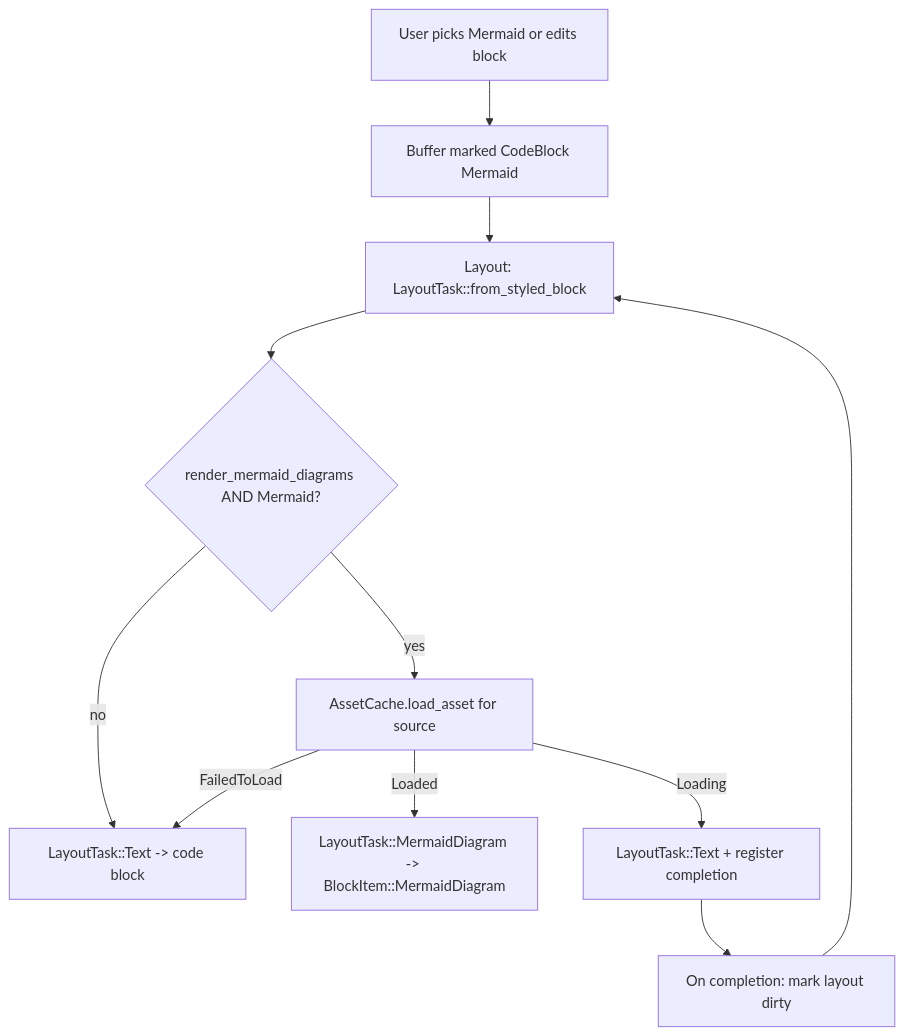
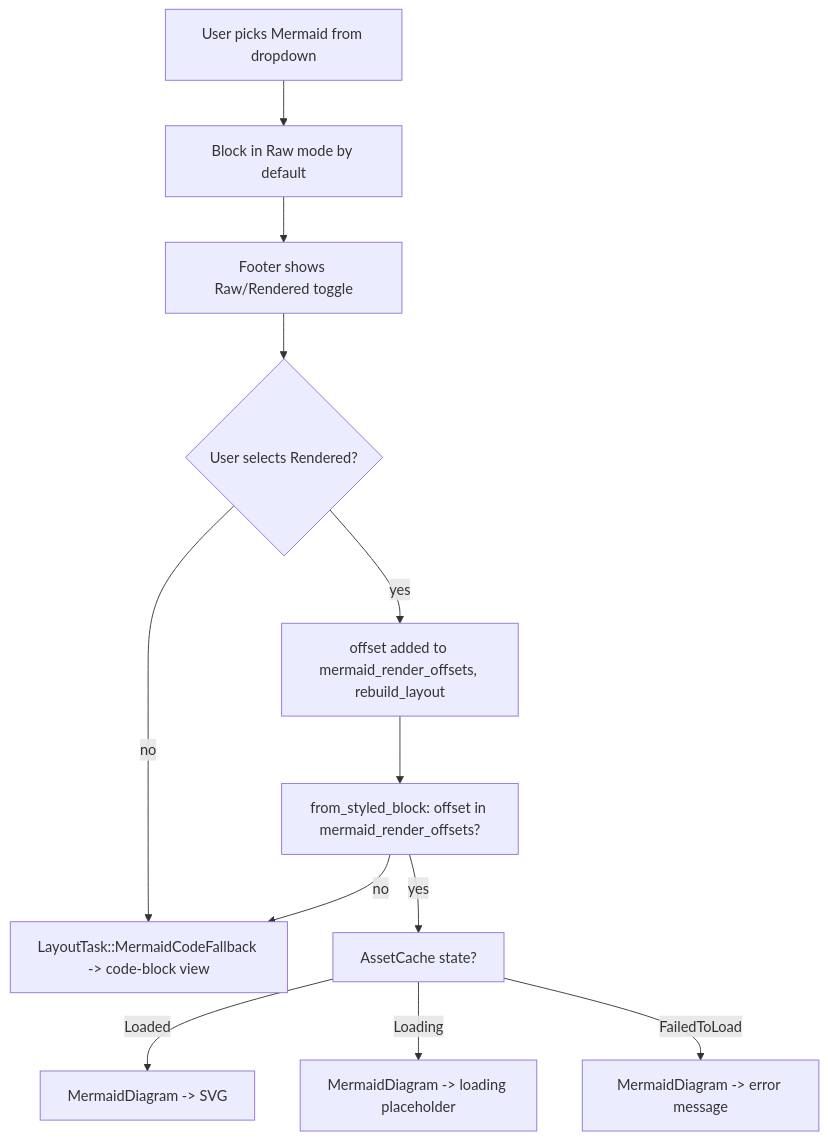
The diagram in specs/GH549/tech.md (warpdotdev/Warp), drawn with Mermaid before and after one commit. The commit also changed other lines of this file and 12 other files, not shown here.

First line of the commit message:
Implement Raw/Rendered toggle for Mermaid code blocks in notebooks

````diff
--- a/specs/GH549/tech.md
+++ b/specs/GH549/tech.md
@@ -94,13 +131,14 @@
 ```mermaid
 flowchart TD
-    A[User picks Mermaid or edits block] --> B[Buffer marked CodeBlock Mermaid]
-    B --> C[Layout: LayoutTask::from_styled_block]
-    C --> D{render_mermaid_diagrams AND Mermaid?}
-    D -- no --> E[LayoutTask::Text -> code block]
-    D -- yes --> F[AssetCache.load_asset for source]
-    F -- Loaded --> G[LayoutTask::MermaidDiagram -> BlockItem::MermaidDiagram]
-    F -- FailedToLoad --> E
-    F -- Loading --> H[LayoutTask::Text + register completion]
-    H --> I[On completion: mark layout dirty]
-    I --> C
+    A[User picks Mermaid from dropdown] --> B[Block in Raw mode by default]
+    B --> C[Footer shows Raw/Rendered toggle]
+    C --> D{User selects Rendered?}
+    D -- no --> E[LayoutTask::MermaidCodeFallback -> code-block view]
+    D -- yes --> F[offset added to mermaid_render_offsets, rebuild_layout]
+    F --> G[from_styled_block: offset in mermaid_render_offsets?]
+    G -- yes --> H[AssetCache state?]
+    H -- Loaded --> I[MermaidDiagram -> SVG]
+    H -- Loading --> J[MermaidDiagram -> loading placeholder]
+    H -- FailedToLoad --> K[MermaidDiagram -> error message]
+    G -- no --> E
 ```
````
